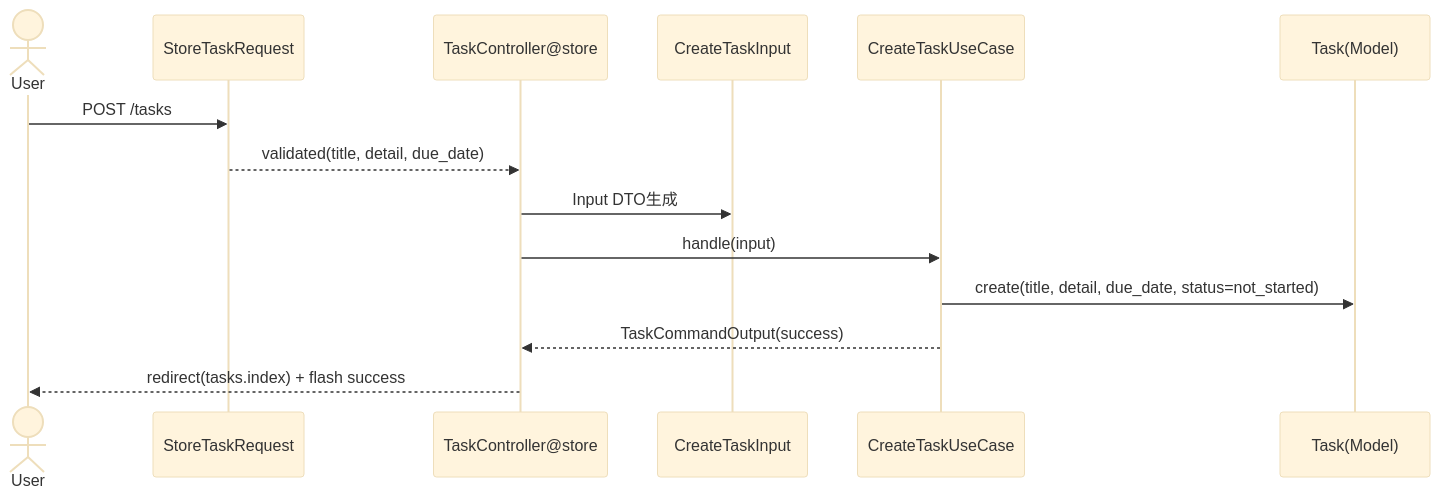
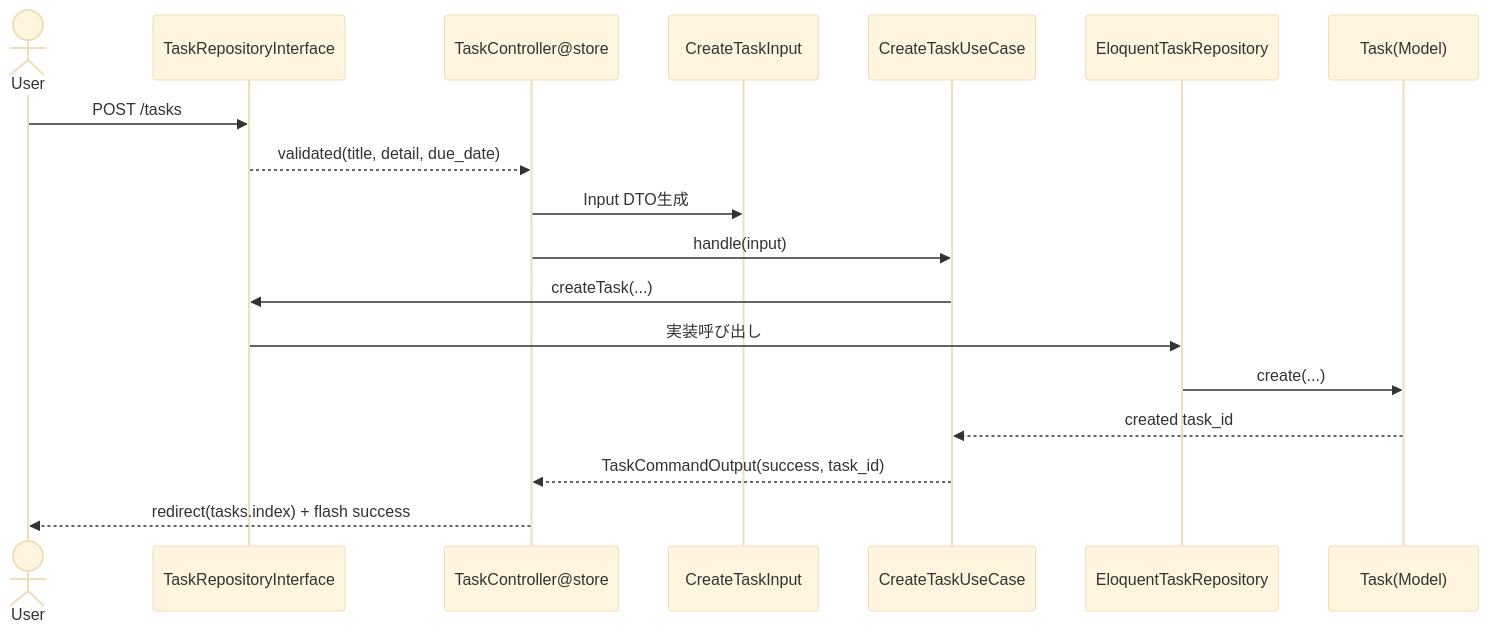
The third of 5 diagrams in docs/task-usecase-data-flow.md (pasgroup/laravel-playground), drawn with Mermaid (base theme) before and after one commit. The commit also changed other lines of this file and 15 other files, not shown here.

````diff
--- a/docs/task-usecase-data-flow.md
+++ b/docs/task-usecase-data-flow.md
@@ -56,17 +64,22 @@
 ```mermaid
 sequenceDiagram
     actor U as User
     participant R as StoreTaskRequest
     participant C as TaskController@store
     participant D as CreateTaskInput
     participant CU as CreateTaskUseCase
+    participant R as TaskRepositoryInterface
+    participant ER as EloquentTaskRepository
     participant T as Task(Model)
 
     U->>R: POST /tasks
     R-->>C: validated(title, detail, due_date)
     C->>D: Input DTO生成
     C->>CU: handle(input)
-    CU->>T: create(title, detail, due_date, status=not_started)
-    CU-->>C: TaskCommandOutput(success)
+    CU->>R: createTask(...)
+    R->>ER: 実装呼び出し
+    ER->>T: create(...)
+    T-->>CU: created task_id
+    CU-->>C: TaskCommandOutput(success, task_id)
     C-->>U: redirect(tasks.index) + flash success
 ```
````
